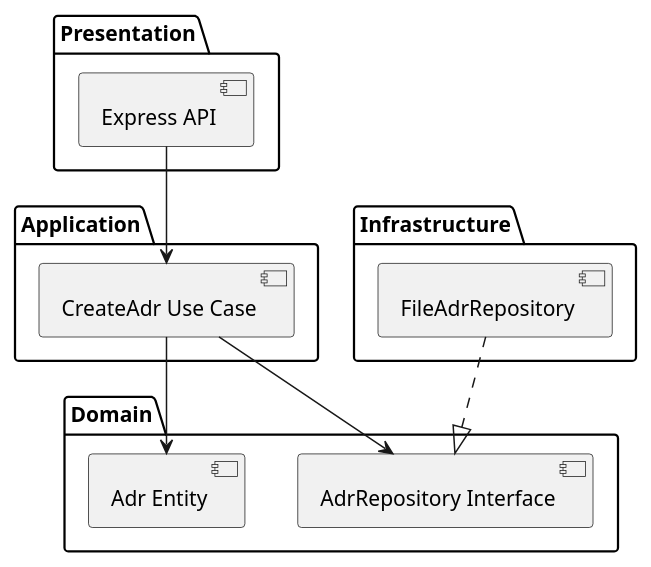
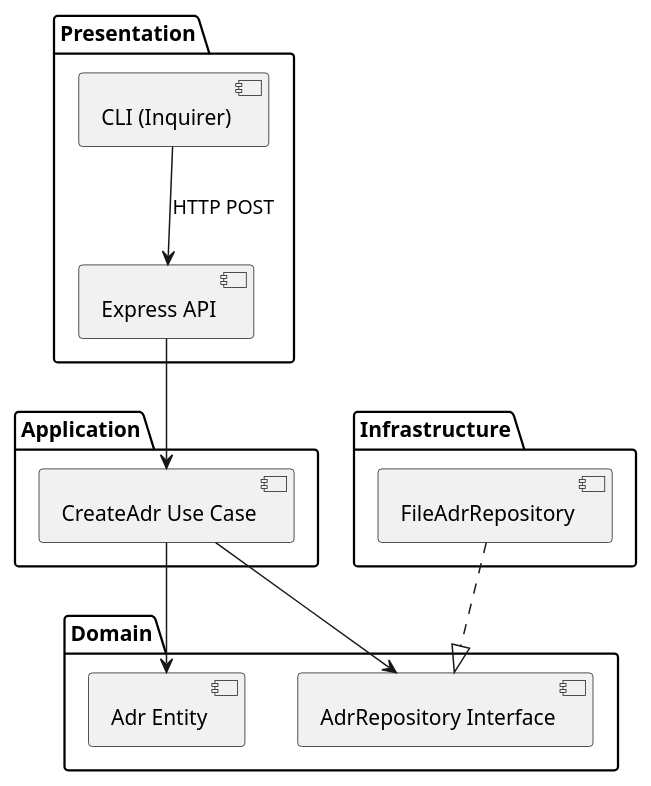
Before and after one commit to ivasduarte/adr-api: the diagram in docs/architecture.puml, drawn with PlantUML. The commit also changed 1 other file, not shown here.

Commit message:
docs: updates README file and PUML architecture reflecting the new CLI interface

```diff
--- a/docs/architecture.puml
+++ b/docs/architecture.puml
@@ -1,19 +1,22 @@
 @startuml "architecture"
 package "Presentation" {
+  [CLI (Inquirer)]
   [Express API]
 }
 package "Application" {
   [CreateAdr Use Case]
 }
 package "Domain" {
   [Adr Entity]
   [AdrRepository Interface]
 }
 package "Infrastructure" {
   [FileAdrRepository]
 }
+
+[CLI (Inquirer)] --> [Express API] : HTTP POST
 [Express API] --> [CreateAdr Use Case]
 [CreateAdr Use Case] --> [Adr Entity]
 [CreateAdr Use Case] --> [AdrRepository Interface]
 [FileAdrRepository] ..|> [AdrRepository Interface]
 @enduml
```
